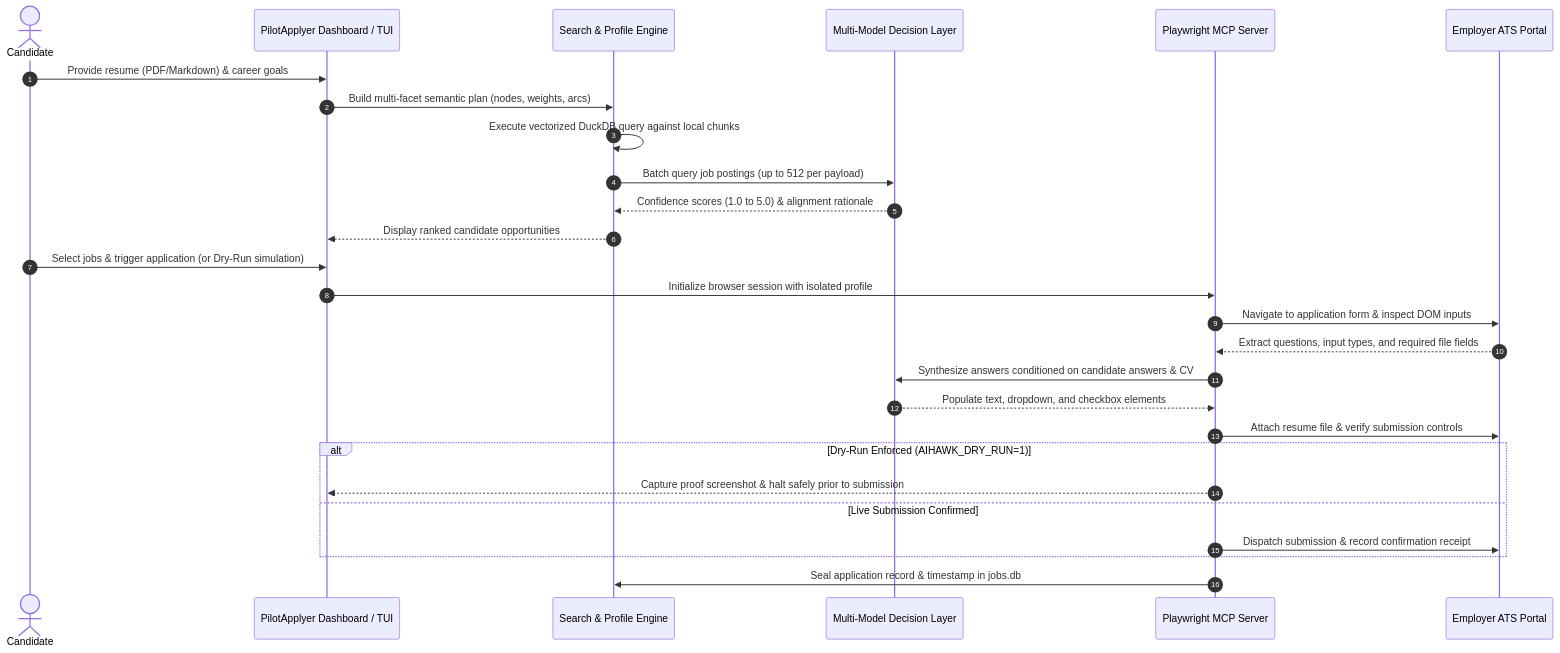
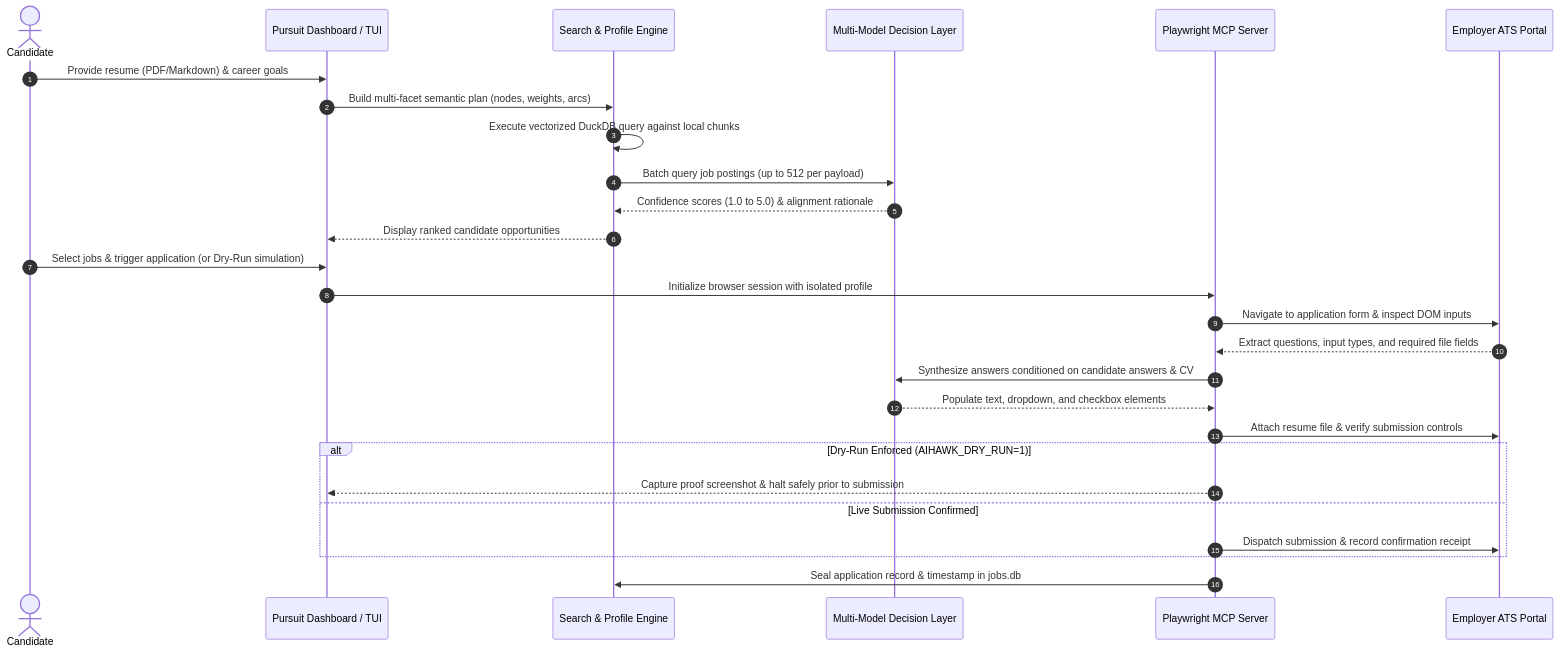
The second of 2 diagrams in README.md (UTSAVBECHARA/Pursuit), drawn with Mermaid before and after one commit. The commit also changed other lines of this file and 21 other files, not shown here.

Commit message:
chore(branding): rename product and repository from PilotApplyer to Pursuit

````diff
--- a/README.md
+++ b/README.md
@@ -57,30 +57,30 @@
 ```mermaid
 sequenceDiagram
     autonumber
     actor Candidate as Candidate
-    participant UI as PilotApplyer Dashboard / TUI
+    participant UI as Pursuit Dashboard / TUI
     participant Core as Search & Profile Engine
     participant LLM as Multi-Model Decision Layer
     participant MCP as Playwright MCP Server
     participant ATS as Employer ATS Portal
 
     Candidate->>UI: Provide resume (PDF/Markdown) & career goals
     UI->>Core: Build multi-facet semantic plan (nodes, weights, arcs)
     Core->>Core: Execute vectorized DuckDB query against local chunks
     Core->>LLM: Batch query job postings (up to 512 per payload)
     LLM-->>Core: Confidence scores (1.0 to 5.0) & alignment rationale
     Core-->>UI: Display ranked candidate opportunities
     Candidate->>UI: Select jobs & trigger application (or Dry-Run simulation)
     UI->>MCP: Initialize browser session with isolated profile
     MCP->>ATS: Navigate to application form & inspect DOM inputs
     ATS-->>MCP: Extract questions, input types, and required file fields
     MCP->>LLM: Synthesize answers conditioned on candidate answers & CV
     LLM-->>MCP: Populate text, dropdown, and checkbox elements
     MCP->>ATS: Attach resume file & verify submission controls
     alt Dry-Run Enforced (AIHAWK_DRY_RUN=1)
         MCP-->>UI: Capture proof screenshot & halt safely prior to submission
     else Live Submission Confirmed
         MCP->>ATS: Dispatch submission & record confirmation receipt
     end
     MCP->>Core: Seal application record & timestamp in jobs.db
 ```
````
